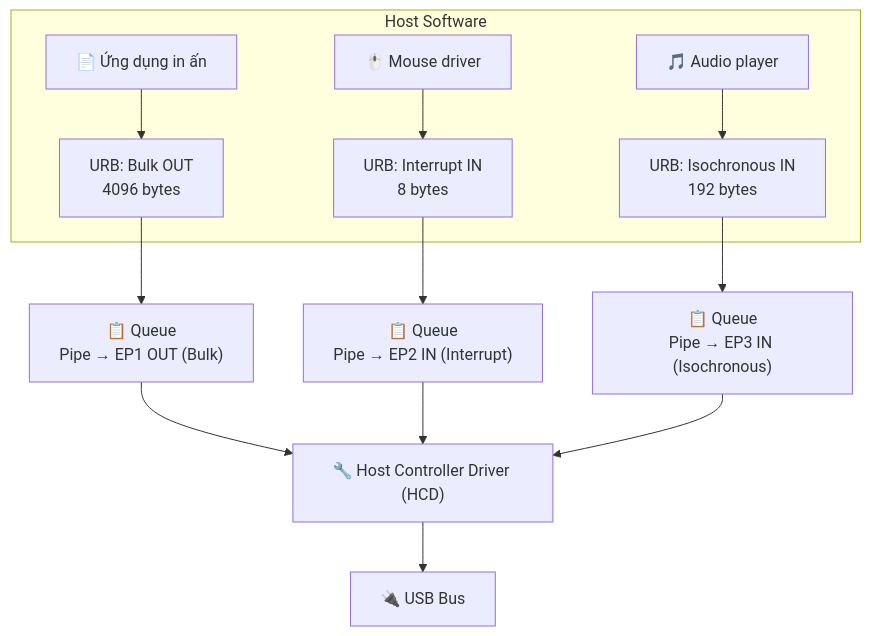
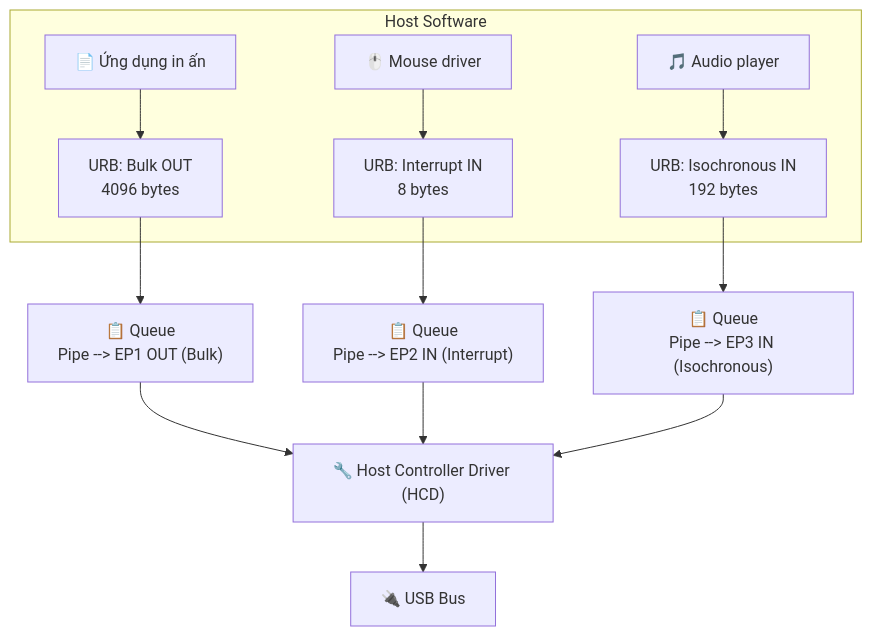
Before and after one commit to Leminuos/tutorials: the second of 4 diagrams in Embedded/6. USB/5. pipe/README.md, drawn with Mermaid. The commit also changed other lines of this file and 5 other files, not shown here.

````diff
--- a/Embedded/6. USB/5. pipe/README.md
+++ b/Embedded/6. USB/5. pipe/README.md
@@ -127,18 +127,18 @@
 ```mermaid
 flowchart TD
     subgraph Host Software
         App1["📄 Ứng dụng in ấn"] --> URB1["URB: Bulk OUT\n4096 bytes"]
         App2["🖱️ Mouse driver"] --> URB2["URB: Interrupt IN\n8 bytes"]
         App3["🎵 Audio player"] --> URB3["URB: Isochronous IN\n192 bytes"]
     end
  
-    URB1 --> Q1["📋 Queue\nPipe → EP1 OUT (Bulk)"]
-    URB2 --> Q2["📋 Queue\nPipe → EP2 IN (Interrupt)"]
-    URB3 --> Q3["📋 Queue\nPipe → EP3 IN (Isochronous)"]
+    URB1 --> Q1["📋 Queue\nPipe --> EP1 OUT (Bulk)"]
+    URB2 --> Q2["📋 Queue\nPipe --> EP2 IN (Interrupt)"]
+    URB3 --> Q3["📋 Queue\nPipe --> EP3 IN (Isochronous)"]
  
     Q1 --> HCD["🔧 Host Controller Driver (HCD)"]
     Q2 --> HCD
     Q3 --> HCD
  
     HCD --> BUS["🔌 USB Bus"]
 ```
````
